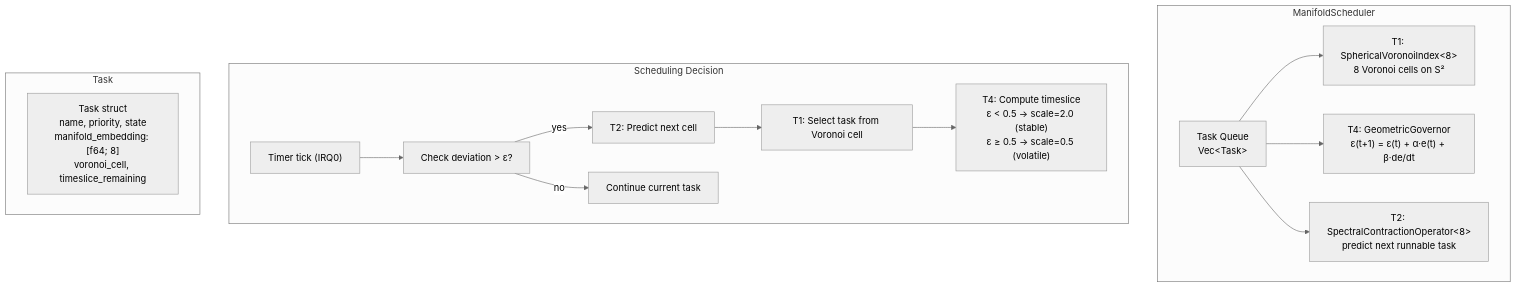
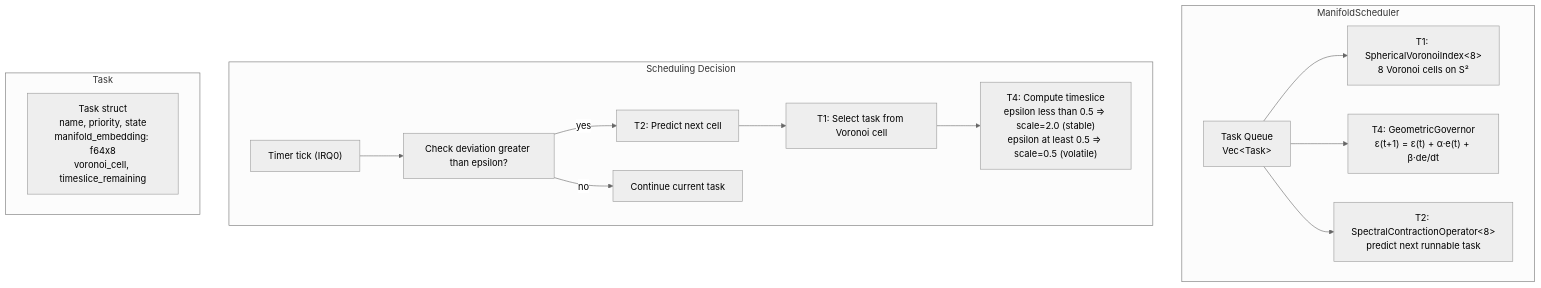
The eighth of 18 diagrams in README.md (teerthsharma/Epsilon-Hollow), drawn with Mermaid (neutral theme) before and after one commit. The commit also changed other lines of this file and 110 other files, not shown here.

````diff
--- a/README.md
+++ b/README.md
@@ -710,25 +741,25 @@
 ```mermaid
 graph TD
-    subgraph "ManifoldScheduler"
+    subgraph SG29["ManifoldScheduler"]
         TASKS["Task Queue<br/>Vec&lt;Task&gt;"]
         VOR["T1: SphericalVoronoiIndex&lt;8&gt;<br/>8 Voronoi cells on S²"]
         GOV["T4: GeometricGovernor<br/>ε(t+1) = ε(t) + α·e(t) + β·de/dt"]
         PRED["T2: SpectralContractionOperator&lt;8&gt;<br/>predict next runnable task"]
     end
 
-    subgraph "Scheduling Decision"
-        TICK["Timer tick (IRQ0)"] --> CHECK["Check deviation > ε?"]
+    subgraph SG30["Scheduling Decision"]
+        TICK["Timer tick (IRQ0)"] --> CHECK["Check deviation greater than epsilon?"]
         CHECK -->|yes| PREDICT["T2: Predict next cell"]
         PREDICT --> CELL["T1: Select task from Voronoi cell"]
-        CELL --> TIMESLICE["T4: Compute timeslice<br/>ε < 0.5 → scale=2.0 (stable)<br/>ε ≥ 0.5 → scale=0.5 (volatile)"]
+        CELL --> TIMESLICE["T4: Compute timeslice<br/>epsilon less than 0.5 => scale=2.0 (stable)<br/>epsilon at least 0.5 => scale=0.5 (volatile)"]
         CHECK -->|no| CONTINUE["Continue current task"]
     end
 
-    subgraph "Task"
-        T["Task struct<br/>name, priority, state<br/>manifold_embedding: [f64; 8]<br/>voronoi_cell, timeslice_remaining"]
+    subgraph SG31["Task"]
+        T["Task struct<br/>name, priority, state<br/>manifold_embedding: f64x8<br/>voronoi_cell, timeslice_remaining"]
     end
 
     TASKS --> VOR
     TASKS --> GOV
     TASKS --> PRED
 ```
````
